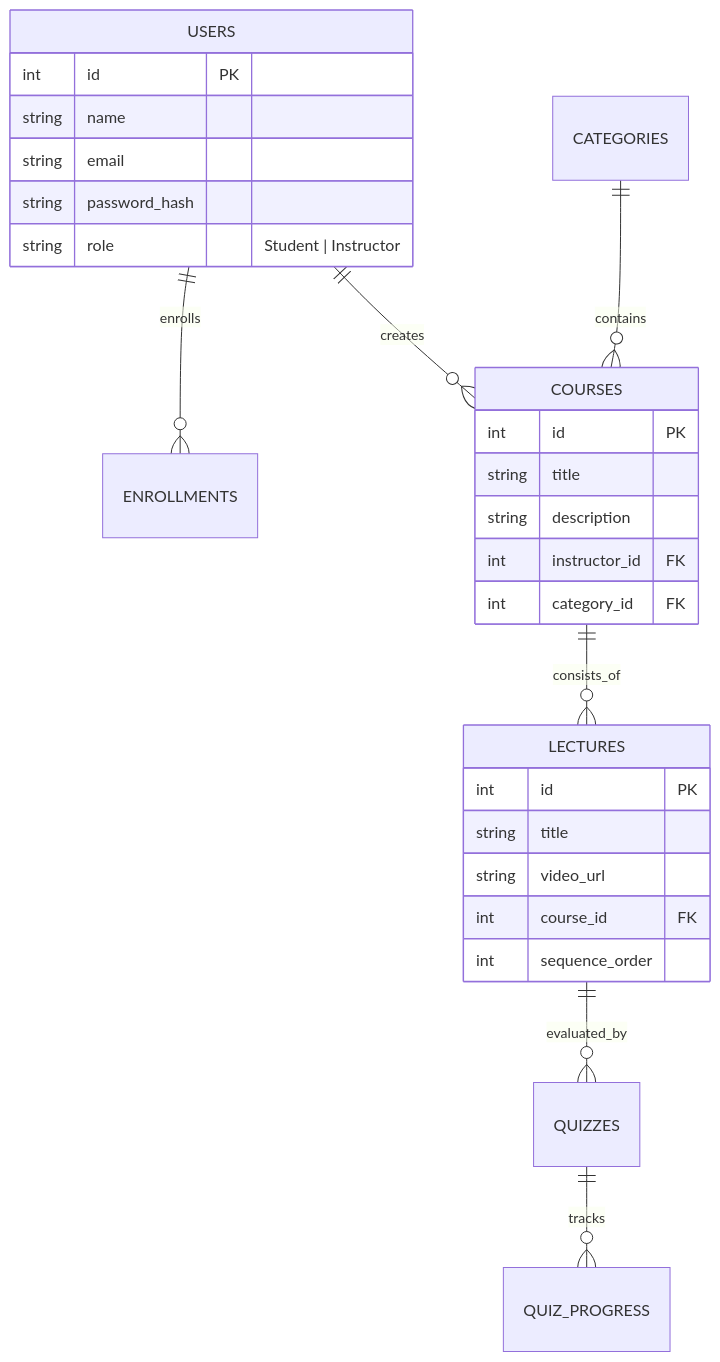
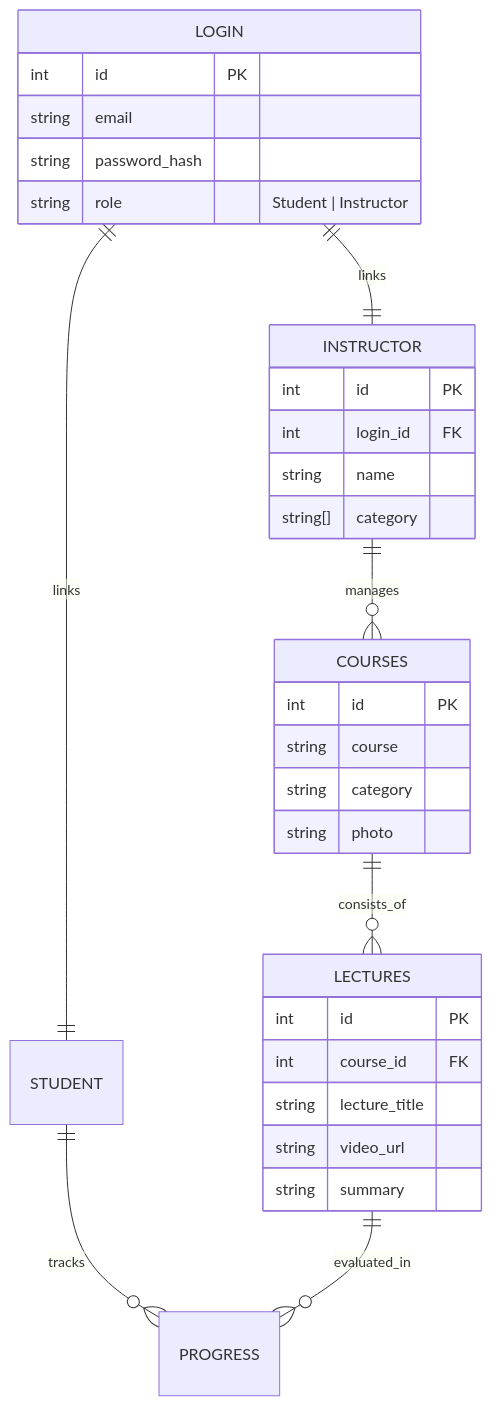
One commit to divyanshsing-ds/LMS_project1 changed the second of 2 diagrams in README.md. Above: the diagram before and after it, drawn with Mermaid. The commit also changed other lines of this file and 31 other files, not shown here.

````diff
--- a/README.md
+++ b/README.md
@@ -86,31 +88,35 @@
 ```mermaid
 erDiagram
-    USERS ||--o{ ENROLLMENTS : enrolls
-    USERS ||--o{ COURSES : creates
-    CATEGORIES ||--o{ COURSES : contains
+    LOGIN ||--|| STUDENT : links
+    LOGIN ||--|| INSTRUCTOR : links
+    INSTRUCTOR ||--o{ COURSES : manages
     COURSES ||--o{ LECTURES : consists_of
-    LECTURES ||--o{ QUIZZES : evaluated_by
-    QUIZZES ||--o{ QUIZ_PROGRESS : tracks
+    STUDENT ||--o{ PROGRESS : tracks
+    LECTURES ||--o{ PROGRESS : evaluated_in
 
-    USERS {
+    LOGIN {
         int id PK
-        string name
         string email
         string password_hash
         string role "Student | Instructor"
     }
+    INSTRUCTOR {
+        int id PK
+        int login_id FK
+        string name
+        string[] category
+    }
     COURSES {
         int id PK
-        string title
-        string description
-        int instructor_id FK
-        int category_id FK
+        string course
+        string category
+        string photo
     }
     LECTURES {
         int id PK
-        string title
+        int course_id FK
+        string lecture_title
         string video_url
-        int course_id FK
-        int sequence_order
+        string summary
     }
 ```
````
